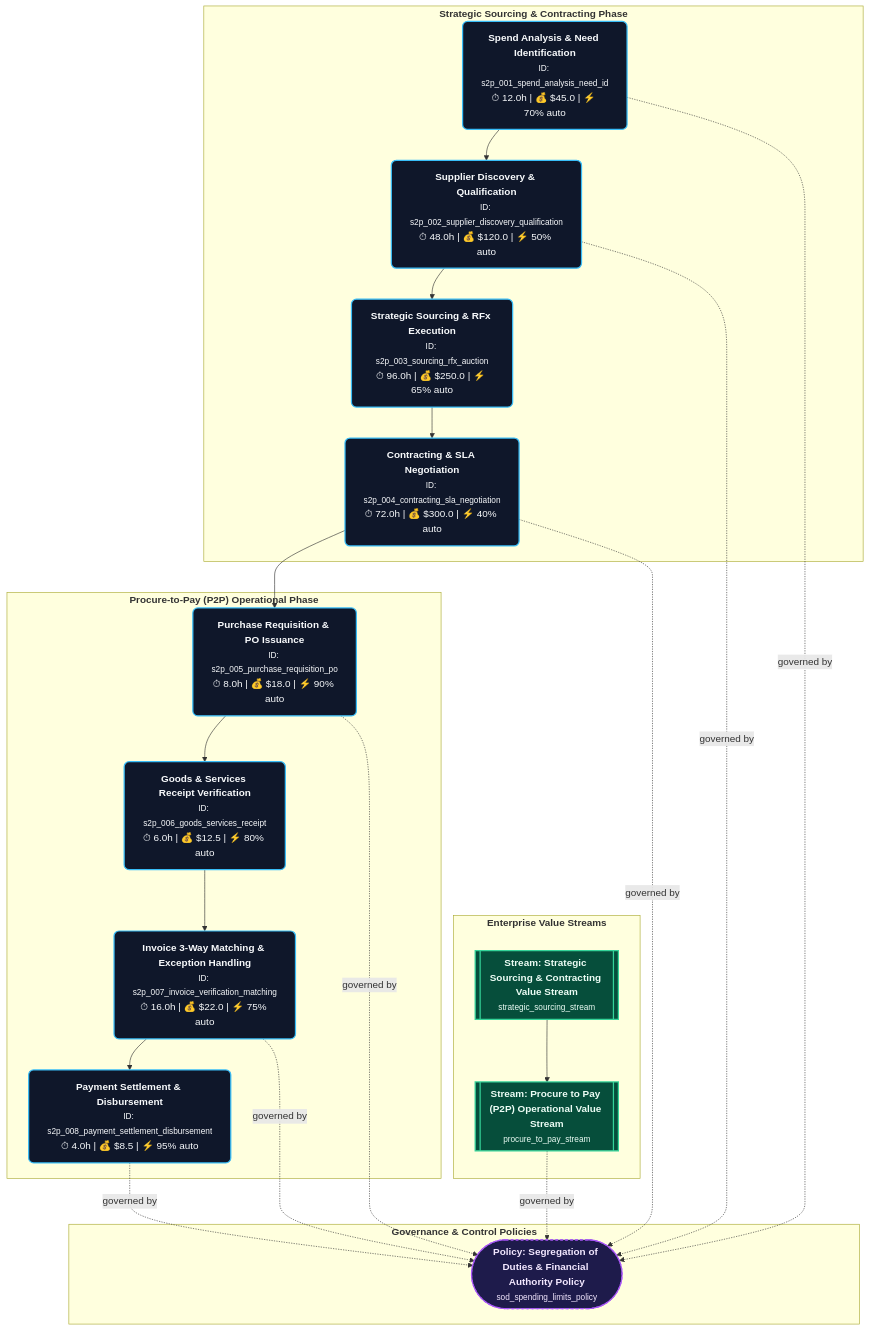
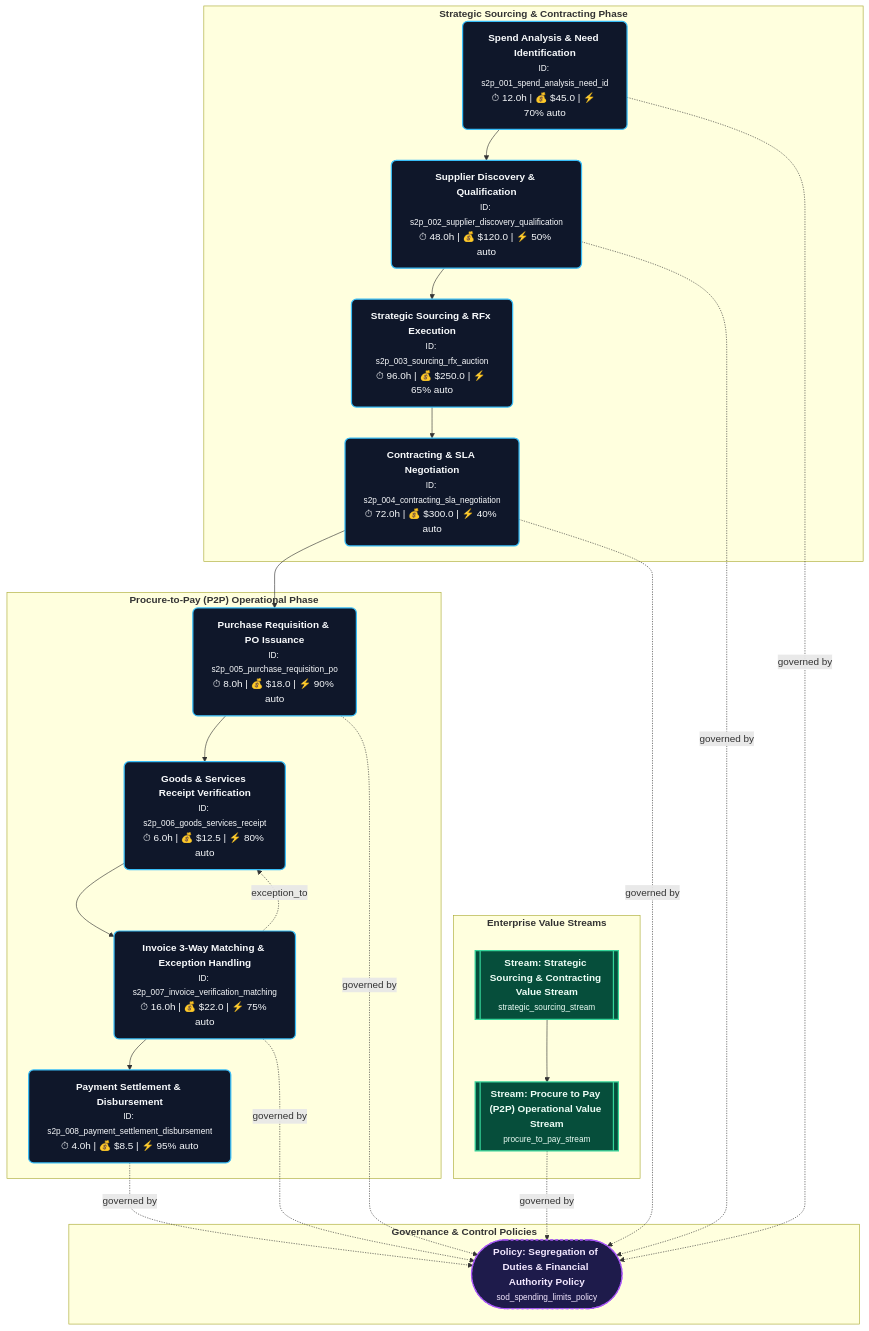
The diagram in index/diagram_process_flow_s2p.mmd (GeorgeYinDev/ValueChainModel), drawn with Mermaid before and after one commit. The commit also changed 41 other files, not shown here.

Commit message:
feat(phase6): Model Enrichment & Graph Expansion complete

```diff
--- a/index/diagram_process_flow_s2p.mmd
+++ b/index/diagram_process_flow_s2p.mmd
@@ -1,45 +1,46 @@
 flowchart TD
   %% Style Classes
   classDef processStep fill:#0f172a,stroke:#38bdf8,stroke-width:2px,color:#f8fafc,rx:8,ry:8;
   classDef controlPolicy fill:#1e1b4b,stroke:#a855f7,stroke-width:2px,stroke-dasharray: 4 4,color:#f3e8ff,rx:4,ry:4;
   classDef valueStream fill:#064e3b,stroke:#34d399,stroke-width:2px,color:#ecfdf5,rx:12,ry:12;
 
   subgraph Subgraph_ValueStreams ["<b>Enterprise Value Streams</b>"]
     procure_to_pay_stream[["<b>Stream: Procure to Pay (P2P) Operational Value Stream</b><br/><small>procure_to_pay_stream</small>"]]:::valueStream
     strategic_sourcing_stream[["<b>Stream: Strategic Sourcing &amp; Contracting Value Stream</b><br/><small>strategic_sourcing_stream</small>"]]:::valueStream
   end
 
   subgraph Subgraph_Sourcing ["<b>Strategic Sourcing & Contracting Phase</b>"]
     s2p_001_spend_analysis_need_id["<b>Spend Analysis &amp; Need Identification</b><br/><small>ID: s2p_001_spend_analysis_need_id</small><br/>⏱ 12.0h | 💰 $45.0 | ⚡ 70% auto"]:::processStep
     s2p_002_supplier_discovery_qualification["<b>Supplier Discovery &amp; Qualification</b><br/><small>ID: s2p_002_supplier_discovery_qualification</small><br/>⏱ 48.0h | 💰 $120.0 | ⚡ 50% auto"]:::processStep
     s2p_003_sourcing_rfx_auction["<b>Strategic Sourcing &amp; RFx Execution</b><br/><small>ID: s2p_003_sourcing_rfx_auction</small><br/>⏱ 96.0h | 💰 $250.0 | ⚡ 65% auto"]:::processStep
     s2p_004_contracting_sla_negotiation["<b>Contracting &amp; SLA Negotiation</b><br/><small>ID: s2p_004_contracting_sla_negotiation</small><br/>⏱ 72.0h | 💰 $300.0 | ⚡ 40% auto"]:::processStep
   end
 
   subgraph Subgraph_P2P ["<b>Procure-to-Pay (P2P) Operational Phase</b>"]
     s2p_005_purchase_requisition_po["<b>Purchase Requisition &amp; PO Issuance</b><br/><small>ID: s2p_005_purchase_requisition_po</small><br/>⏱ 8.0h | 💰 $18.0 | ⚡ 90% auto"]:::processStep
     s2p_006_goods_services_receipt["<b>Goods &amp; Services Receipt Verification</b><br/><small>ID: s2p_006_goods_services_receipt</small><br/>⏱ 6.0h | 💰 $12.5 | ⚡ 80% auto"]:::processStep
     s2p_007_invoice_verification_matching["<b>Invoice 3-Way Matching &amp; Exception Handling</b><br/><small>ID: s2p_007_invoice_verification_matching</small><br/>⏱ 16.0h | 💰 $22.0 | ⚡ 75% auto"]:::processStep
     s2p_008_payment_settlement_disbursement["<b>Payment Settlement &amp; Disbursement</b><br/><small>ID: s2p_008_payment_settlement_disbursement</small><br/>⏱ 4.0h | 💰 $8.5 | ⚡ 95% auto"]:::processStep
   end
 
   subgraph Subgraph_Governance ["<b>Governance & Control Policies</b>"]
     sod_spending_limits_policy(["<b>Policy: Segregation of Duties &amp; Financial Authority Policy</b><br/><small>sod_spending_limits_policy</small>"]):::controlPolicy
   end
 
   %% Process Flows & Policy Linkages
   s2p_008_payment_settlement_disbursement -. governed by .-> sod_spending_limits_policy
   s2p_001_spend_analysis_need_id --> s2p_002_supplier_discovery_qualification
   s2p_001_spend_analysis_need_id -. governed by .-> sod_spending_limits_policy
   s2p_005_purchase_requisition_po --> s2p_006_goods_services_receipt
   s2p_005_purchase_requisition_po -. governed by .-> sod_spending_limits_policy
   s2p_004_contracting_sla_negotiation --> s2p_005_purchase_requisition_po
   s2p_004_contracting_sla_negotiation -. governed by .-> sod_spending_limits_policy
   s2p_002_supplier_discovery_qualification --> s2p_003_sourcing_rfx_auction
   s2p_002_supplier_discovery_qualification -. governed by .-> sod_spending_limits_policy
   s2p_003_sourcing_rfx_auction --> s2p_004_contracting_sla_negotiation
   s2p_007_invoice_verification_matching --> s2p_008_payment_settlement_disbursement
+  s2p_007_invoice_verification_matching -. exception_to .-> s2p_006_goods_services_receipt
   s2p_007_invoice_verification_matching -. governed by .-> sod_spending_limits_policy
   s2p_006_goods_services_receipt --> s2p_007_invoice_verification_matching
   strategic_sourcing_stream --> procure_to_pay_stream
   procure_to_pay_stream -. governed by .-> sod_spending_limits_policy
```
